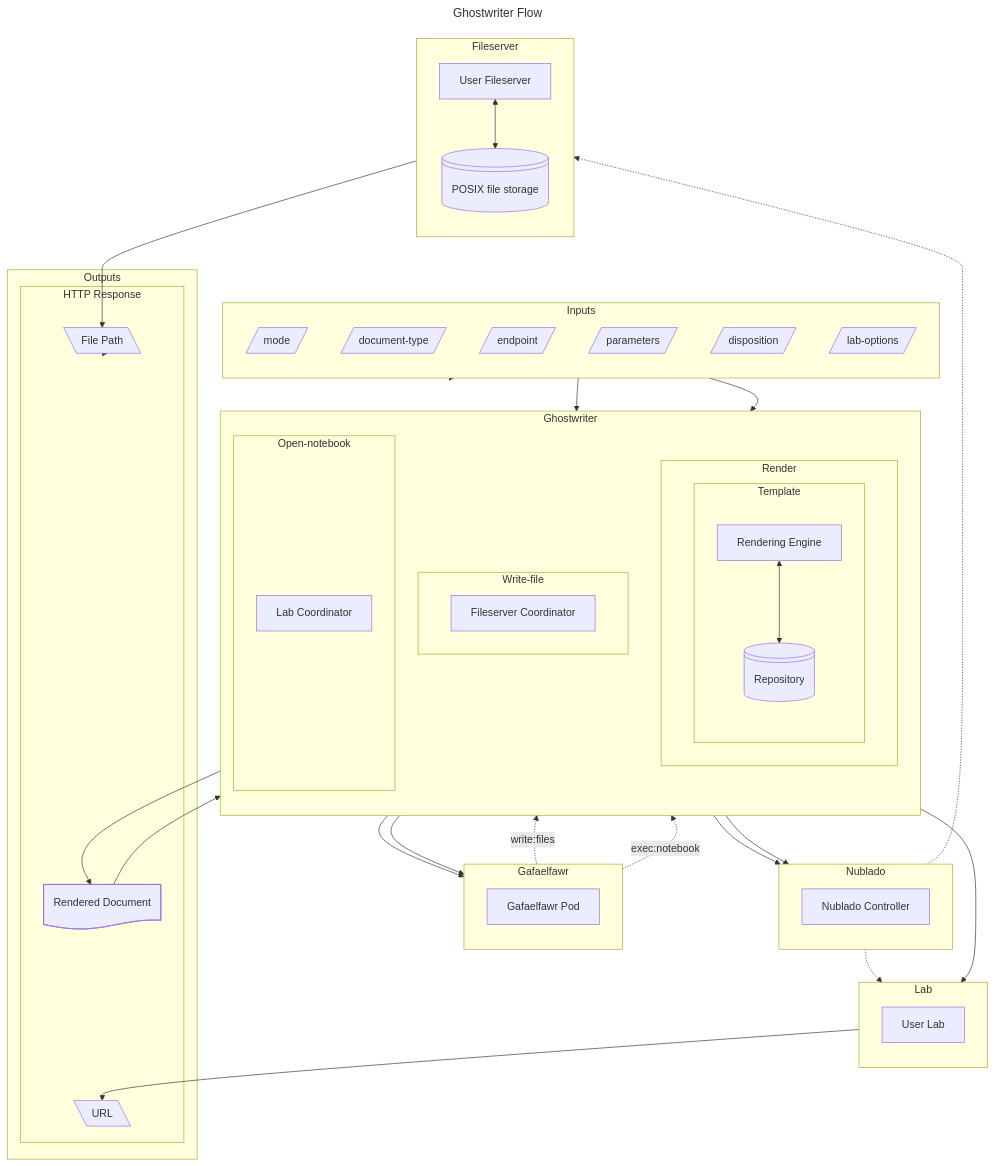
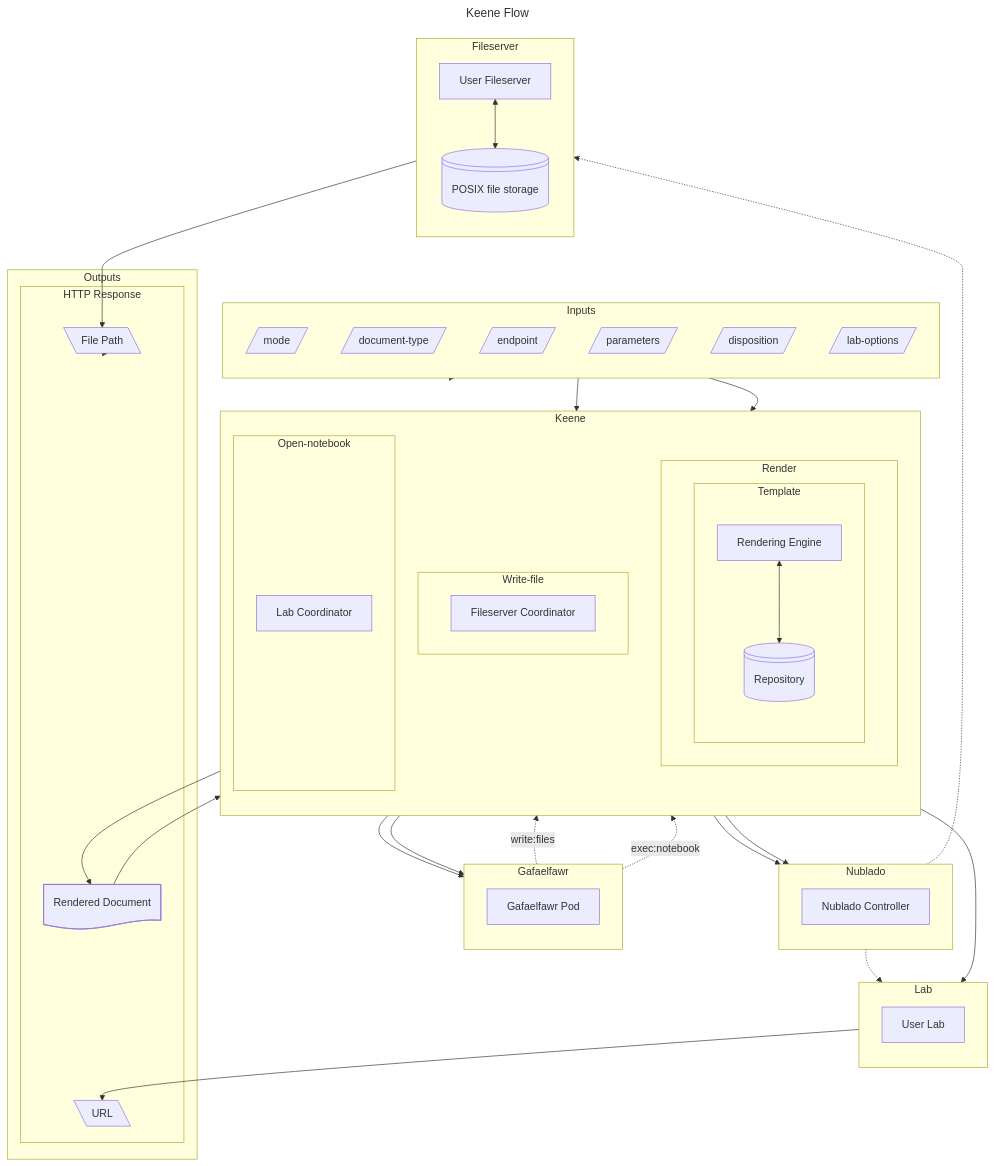
Before and after one commit to lsst-sqre/sqr-110: the fifth of 5 diagrams in index.md, drawn with Mermaid. The commit also changed other lines of this file, not shown here.

Commit message:
Rename backend service to Keene

````diff
--- a/index.md
+++ b/index.md
@@ -448,73 +448,73 @@
 ```mermaid
 ---
-title: Ghostwriter Flow
+title: Keene Flow
 ---
 
 graph TB
   subgraph Inputs
     direction TB
     mode@{ shape: lean-r }
     document-type@{ shape: lean-r }
     endpoint@{ shape: lean-r }
     parameters@{ shape: lean-r }
     disposition@{ shape: lean-r }
     lab-options@{ shape: lean-r }
   end
-  subgraph Ghostwriter
+  subgraph Keene
     direction TB
     subgraph Render
       direction LR
       subgraph Template
         direction TB
         engine@{ shape: rect, label: "Rendering Engine" }<-->repo@{ shape: lin-cyl, label: "Repository" }
       end
     end
     subgraph Write-file
       direction LR
       fs_coordinator@{ shape: rect, label: "Fileserver Coordinator" }
     end
     subgraph Open-notebook
       lab_coordinator@{ shape: rect, label: "Lab Coordinator" }
     end
   end
   subgraph Nublado
     direction TB
     nb_pod@{ shape: rect, label: "Nublado Controller" }
     fs_coordinator-->nb_pod
     lab_coordinator-->nb_pod
   end
   subgraph Gafaelfawr
     direction TB
     gf_pod@{ shape: rect, label: "Gafaelfawr Pod" }
     fs_coordinator-->gf_pod
     lab_coordinator-->gf_pod
     gf_pod-.->|write:files|fs_coordinator
     gf_pod-.->|exec:notebook|lab_coordinator
   end
   subgraph Lab
     direction TB
     lab_pod@{ shape: rect, label: "User Lab" }
   end
   subgraph Fileserver
     direction TB
     fs_pod@{ shape: rect, label: "User Fileserver"}<-->storage@{shape: lin-cyl, label: "POSIX file storage"}
   end
   subgraph Outputs
     subgraph HTTP Response
       doc@{ shape: doc, label: "Rendered Document" }
       file_out@{ shape: lean-l, label: "File Path"}
       lab_url@{shape: lean-l, label: "URL" }
 	end
   end
   engine-->doc
   doc-->Write-file
   file_out-->Open-notebook
   fs_pod-->file_out
   nb_pod-.->fs_pod
   lab_coordinator-->lab_pod
   lab_pod-->lab_url
   nb_pod-.->lab_pod
   Inputs --> Render
   Inputs --> Write-file
   Inputs --> Open-notebook
 ```
````
